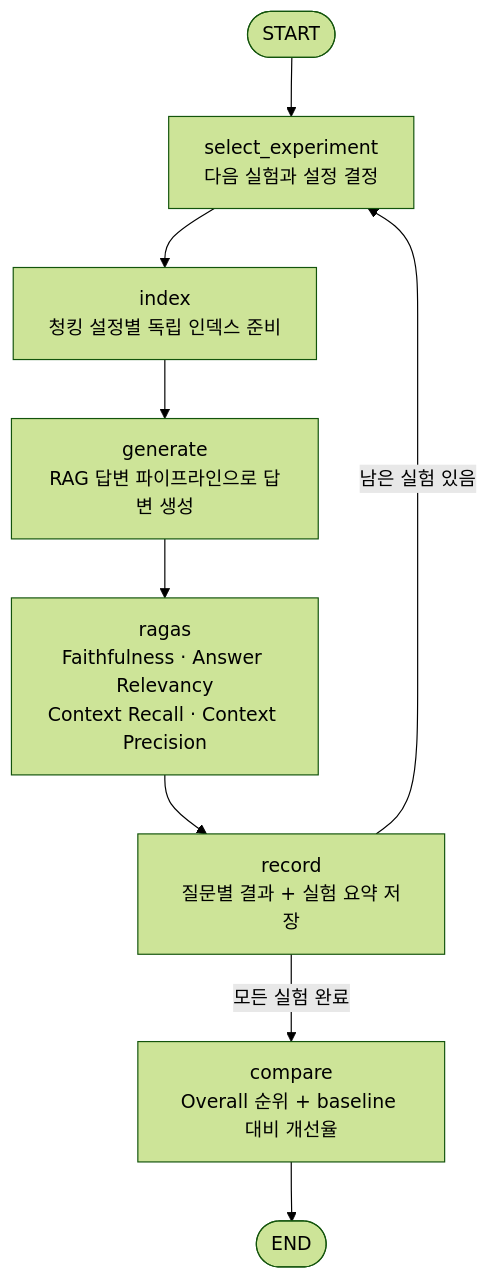
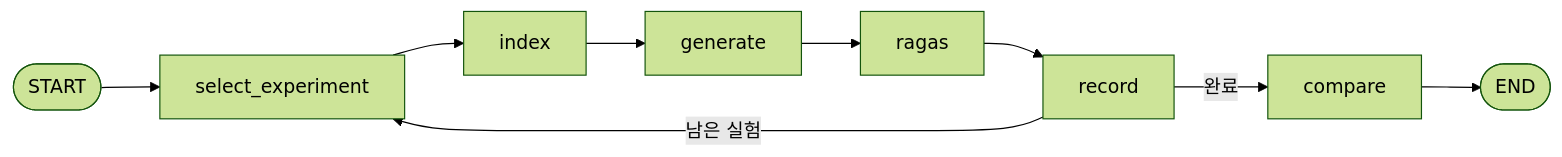
One commit to wook099/langgraph-rag-tuning changed the second of 2 diagrams in README.md. Above: the diagram before and after it, drawn with Mermaid (forest theme). The commit also changed other lines of this file and 2 other files, not shown here.

First line of the commit message:
fix: 실험별 비교 기준(compare_to) 도입 및 README 간결화

````diff
--- a/README.md
+++ b/README.md
@@ -56,11 +28,6 @@
 ```mermaid
-flowchart TD
-    S([START]) --> A[select_experiment<br/>다음 실험과 설정 결정]
-    A --> B[index<br/>청킹 설정별 독립 인덱스 준비]
-    B --> C[generate<br/>RAG 답변 파이프라인으로 답변 생성]
-    C --> D[ragas<br/>Faithfulness · Answer Relevancy<br/>Context Recall · Context Precision]
-    D --> F[record<br/>질문별 결과 + 실험 요약 저장]
-    F -->|남은 실험 있음| A
-    F -->|모든 실험 완료| H[compare<br/>Overall 순위 + baseline 대비 개선율]
-    H --> E([END])
+flowchart LR
+    S([START]) --> A[select_experiment] --> B[index] --> C[generate] --> D[ragas] --> F[record]
+    F -->|남은 실험| A
+    F -->|완료| H[compare] --> E([END])
 ```
````
